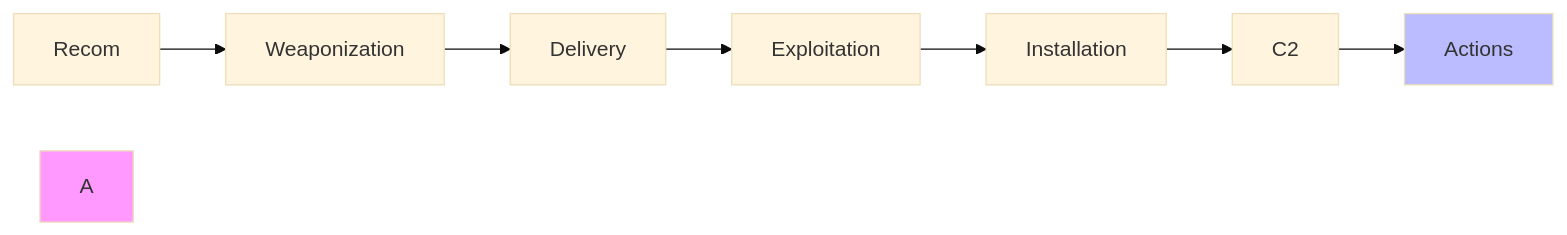
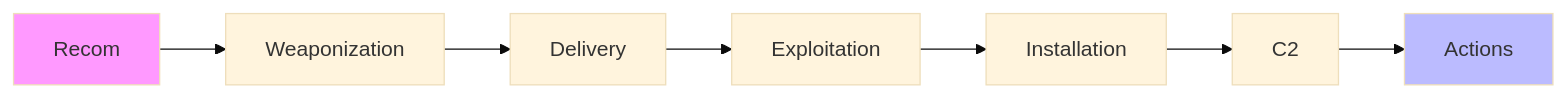
One commit to K921-cyber/cybersecurity-basics changed the first of 2 diagrams in README.md. Above: the diagram before and after it, drawn with Mermaid (base theme).

````diff
--- a/README.md
+++ b/README.md
@@ -57,12 +57,12 @@
 ```mermaid
 graph LR
-    Recom --> B[Weaponization]
+    A[Recom] --> B[Weaponization]
     B --> C[Delivery]
     C --> D[Exploitation]
     D --> E[Installation]
     E --> F[C2]
     F --> G[Actions]
 
     style A fill:#f9f
     style G fill:#bbf
 ```
````
